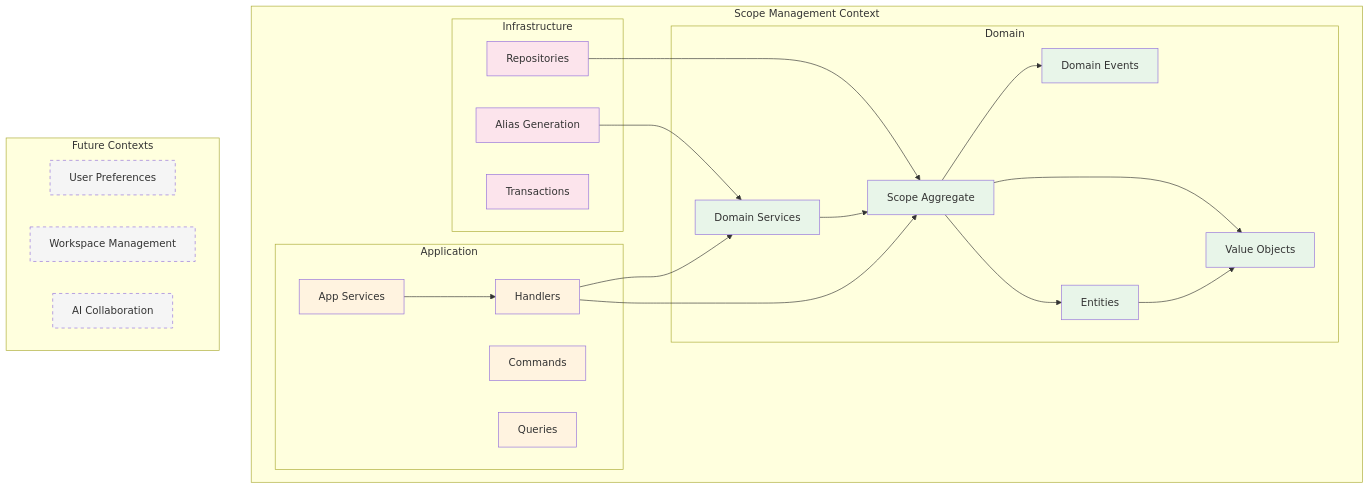
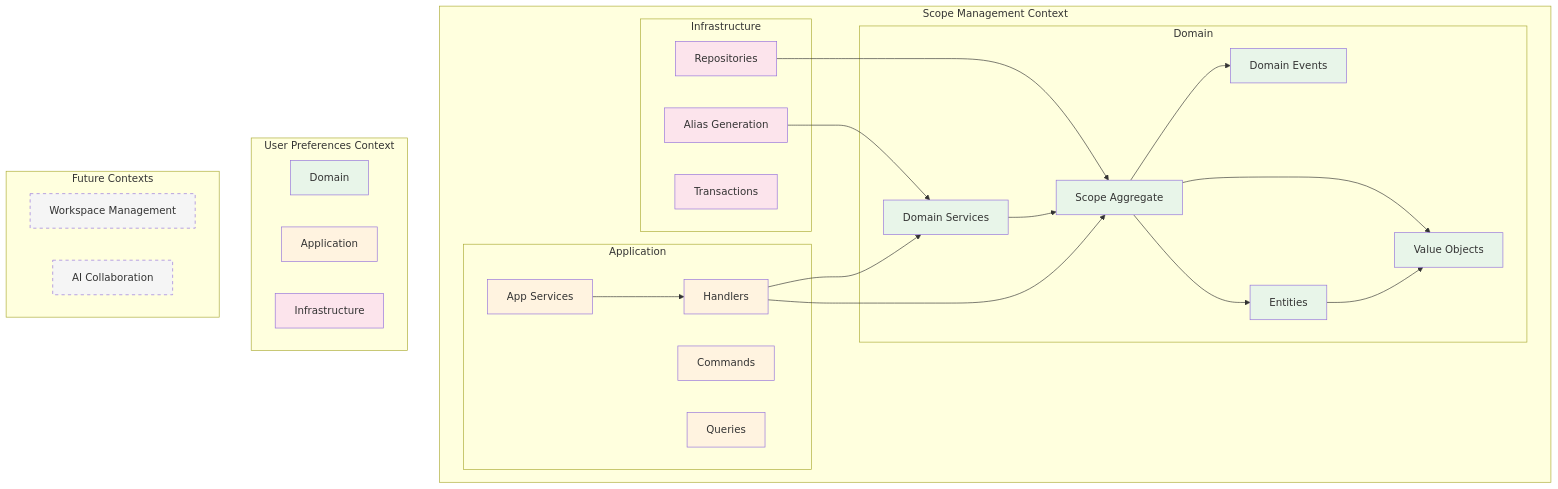
The first of 2 diagrams in docs/explanation/domain-driven-design.md (kamiazya/scopes), drawn with Mermaid before and after one commit. The commit also changed other lines of this file and 20 other files, not shown here.

First line of the commit message:
refactor: clarify bounded context responsibilities between preferences and policies

````diff
--- a/docs/explanation/domain-driven-design.md
+++ b/docs/explanation/domain-driven-design.md
@@ -11,54 +11,59 @@
 ```mermaid
 graph TB
     subgraph "Scope Management Context"
         subgraph "Domain"
             AGG[Scope Aggregate]
             ENT[Entities]
             VO[Value Objects]
             EVT[Domain Events]
             SVC[Domain Services]
         end
         
         subgraph "Application"
             CMD[Commands]
             QRY[Queries]
             HANDLER[Handlers]
             APPSVC[App Services]
         end
         
         subgraph "Infrastructure"
             REPO[Repositories]
             ALIAS[Alias Generation]
             TRANS[Transactions]
         end
     end
     
+    subgraph "User Preferences Context"
+        UP_DOM[Domain]
+        UP_APP[Application]
+        UP_INFRA[Infrastructure]
+    end
+    
     subgraph "Future Contexts"
-        UP[User Preferences]
         WM[Workspace Management]
         AC[AI Collaboration]
     end
     
     AGG --> ENT
     AGG --> VO
     AGG --> EVT
     ENT --> VO
     SVC --> AGG
     
     HANDLER --> AGG
     HANDLER --> SVC
     APPSVC --> HANDLER
     
     REPO --> AGG
     ALIAS --> SVC
     
     classDef domain fill:#e8f5e9
     classDef application fill:#fff3e0
     classDef infrastructure fill:#fce4ec
     classDef future fill:#f5f5f5,stroke-dasharray: 5 5
     
-    class AGG,ENT,VO,EVT,SVC domain
-    class CMD,QRY,HANDLER,APPSVC application
-    class REPO,ALIAS,TRANS infrastructure
-    class UP,WM,AC future
+    class AGG,ENT,VO,EVT,SVC,UP_DOM domain
+    class CMD,QRY,HANDLER,APPSVC,UP_APP application
+    class REPO,ALIAS,TRANS,UP_INFRA infrastructure
+    class WM,AC future
 ```
````
